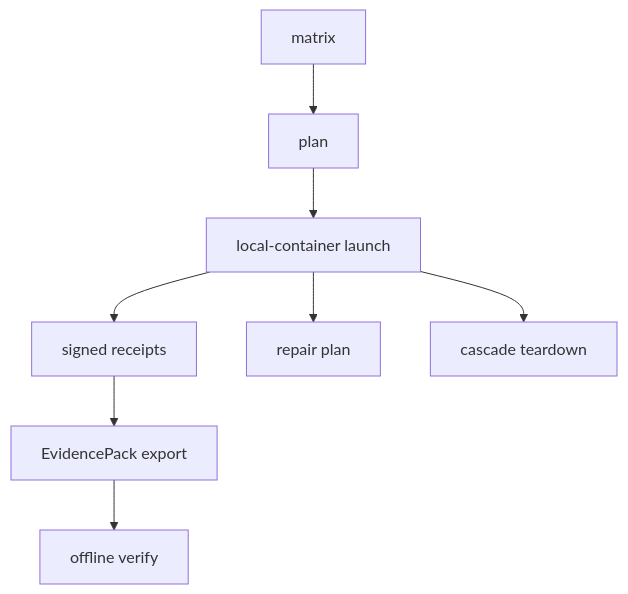
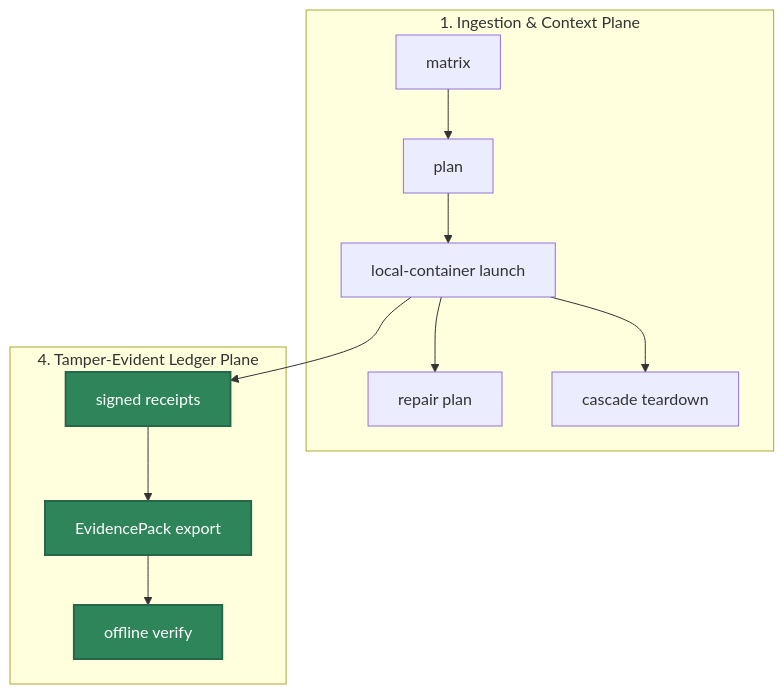
One commit to Mindburn-Labs/helm-ai-kernel changed the diagram in docs/launchpad/FLOW_CATALOG.md. Above: the diagram before and after it, drawn with Mermaid. The commit also changed other lines of this file and 330 other files, not shown here.

````diff
--- a/docs/launchpad/FLOW_CATALOG.md
+++ b/docs/launchpad/FLOW_CATALOG.md
@@ -31,10 +31,30 @@
 ```mermaid
 flowchart TD
-  matrix["matrix"] --> plan["plan"]
-  plan --> launch["local-container launch"]
-  launch --> receipts["signed receipts"]
-  receipts --> evidence["EvidencePack export"]
-  evidence --> verify["offline verify"]
-  launch --> repair["repair plan"]
-  launch --> teardown["cascade teardown"]
+    subgraph Ingestion["1. Ingestion & Context Plane"]
+        matrix["matrix"]
+        plan["plan"]
+        launch["local-container launch"]
+        repair["repair plan"]
+        teardown["cascade teardown"]
+    end
+
+    subgraph Ledger["4. Tamper-Evident Ledger Plane"]
+        receipts["signed receipts"]
+        evidence["EvidencePack export"]
+        verify["offline verify"]
+    end
+
+    %% Operational Flow Edges
+    matrix --> plan
+    plan --> launch
+    launch --> receipts
+    receipts --> evidence
+    evidence --> verify
+    launch --> repair
+    launch --> teardown
+
+    %% Premium Styling Rules
+    style receipts fill:#2f855a,stroke:#276749,stroke-width:2px,color:#fff
+    style evidence fill:#2f855a,stroke:#276749,stroke-width:2px,color:#fff
+    style verify fill:#2f855a,stroke:#276749,stroke-width:2px,color:#fff
 ```
````
